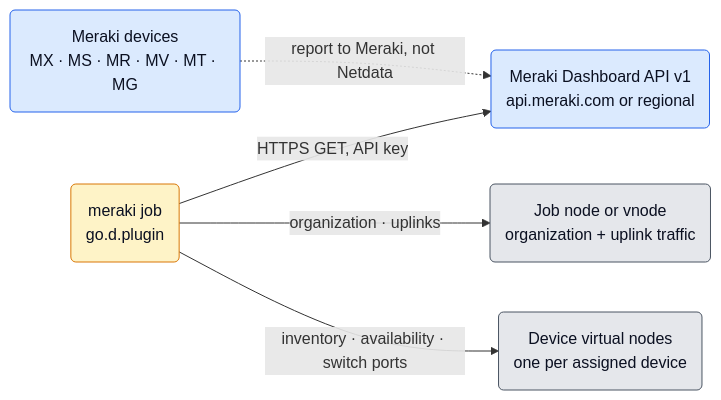
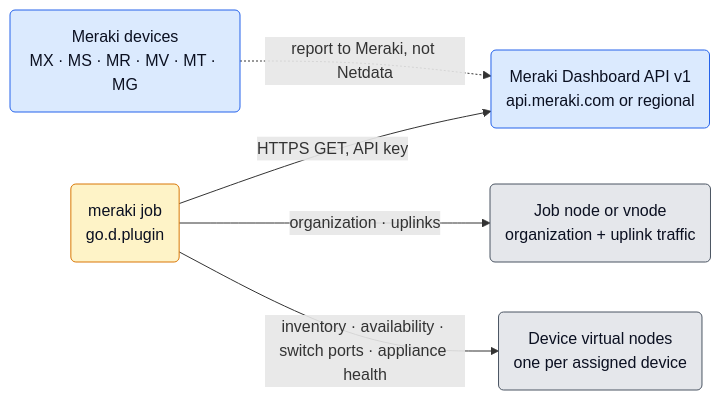
Before and after one commit to netdata/netdata: the first of 4 diagrams in src/go/plugin/go.d/collector/meraki/ARCHITECTURE.md, drawn with Mermaid. The commit also changed other lines of this file and 20 other files, not shown here.

Commit message:
feat(go.d): add Meraki appliance uplink health

````diff
--- a/src/go/plugin/go.d/collector/meraki/ARCHITECTURE.md
+++ b/src/go/plugin/go.d/collector/meraki/ARCHITECTURE.md
@@ -83,20 +86,20 @@
 ```mermaid
 flowchart LR
     Devices("Meraki devices<br/>MX · MS · MR · MV · MT · MG")
     Cloud("Meraki Dashboard API v1<br/>api.meraki.com or regional")
     Job("meraki job<br/>go.d.plugin")
     JobNode("Job node or vnode<br/>organization + uplink traffic")
     DevNodes("Device virtual nodes<br/>one per assigned device")
 
     Devices -.->|"report to Meraki, not Netdata"| Cloud
     Job -->|"HTTPS GET, API key"| Cloud
     Job -->|"organization · uplinks"| JobNode
-    Job -->|"inventory · availability · switch ports"| DevNodes
+    Job -->|"inventory · availability · switch ports · appliance health"| DevNodes
 
     classDef ext fill:#dbeafe,stroke:#2563eb,color:#0b1021;
     classDef core fill:#fef3c7,stroke:#d97706,color:#0b1021;
     classDef out fill:#e5e7eb,stroke:#4b5563,color:#0b1021;
     class Devices,Cloud ext;
     class Job core;
     class JobNode,DevNodes out;
 ```
````
